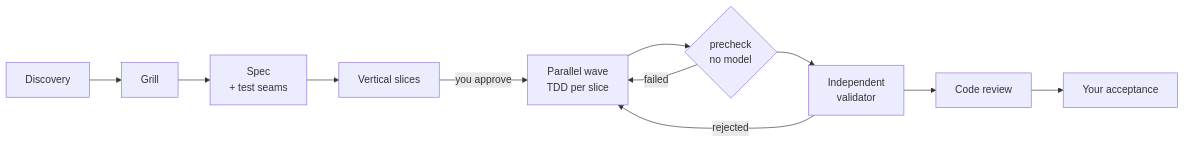
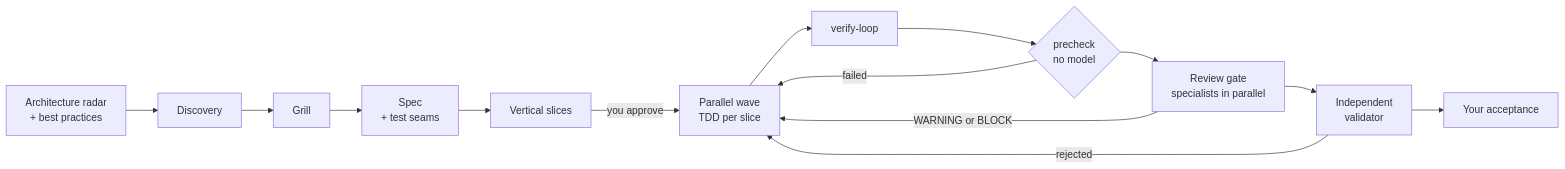
The second of 2 diagrams in README.md (NowItMakesSense/aisef), drawn with Mermaid before and after one commit. The commit also changed other lines of this file and 4 other files, not shown here.

````diff
--- a/README.md
+++ b/README.md
@@ -65,13 +138,16 @@
 ```mermaid
 flowchart LR
-  DS[Discovery] --> GR[Grill]
+  RD[Architecture radar<br/>+ best practices] --> DS[Discovery]
+  DS --> GR[Grill]
   GR --> SP[Spec<br/>+ test seams]
   SP --> FT[Vertical slices]
   FT -->|you approve| ON[Parallel wave<br/>TDD per slice]
-  ON --> PC{precheck<br/>no model}
+  ON --> VL[verify-loop]
+  VL --> PC{precheck<br/>no model}
   PC -->|failed| ON
-  PC --> VA[Independent<br/>validator]
+  PC --> RV[Review gate<br/>specialists in parallel]
+  RV -->|WARNING or BLOCK| ON
+  RV --> VA[Independent<br/>validator]
   VA -->|rejected| ON
-  VA --> CR[Code review]
-  CR --> AC[Your acceptance]
+  VA --> AC[Your acceptance]
 ```
````
